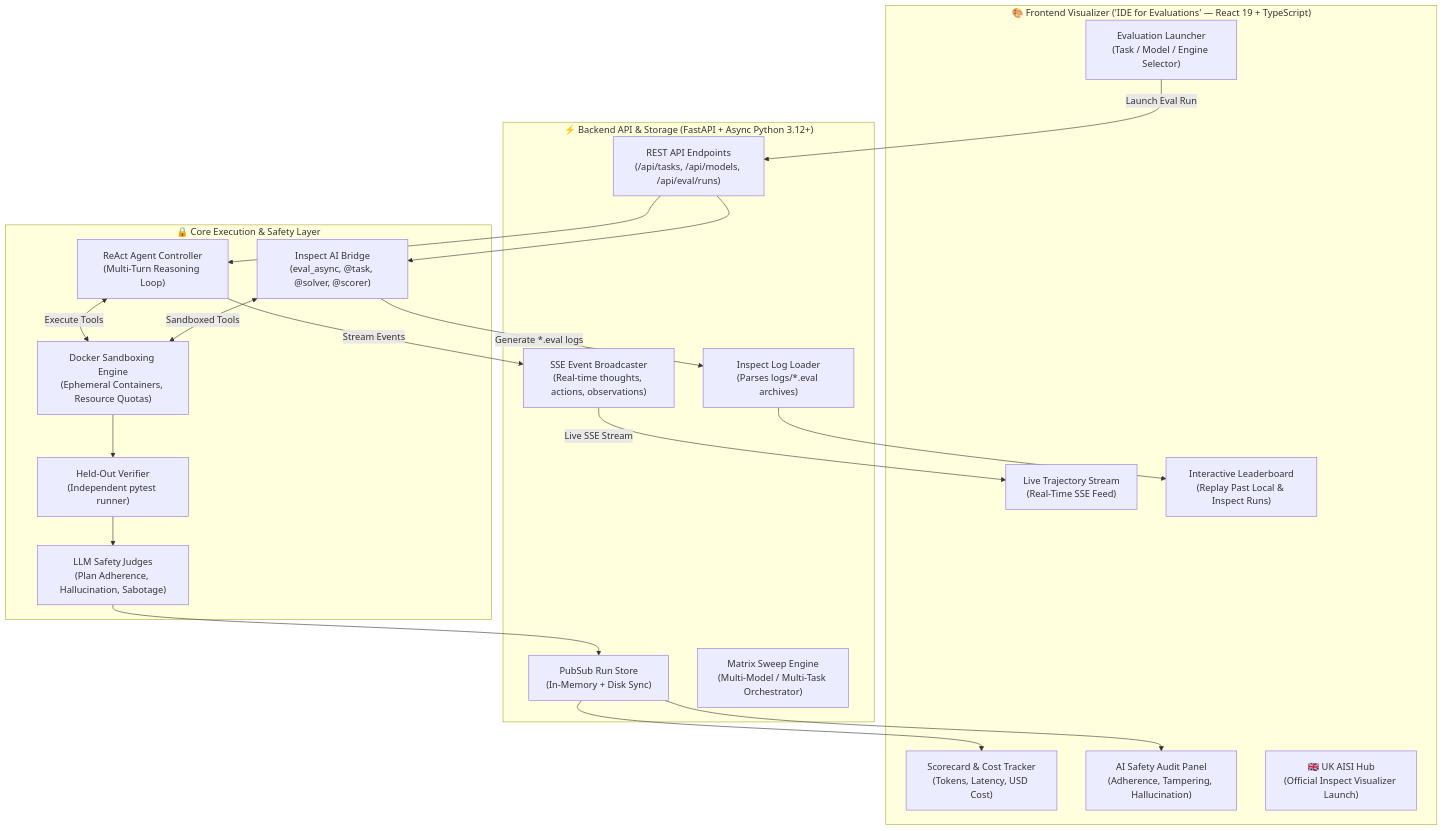
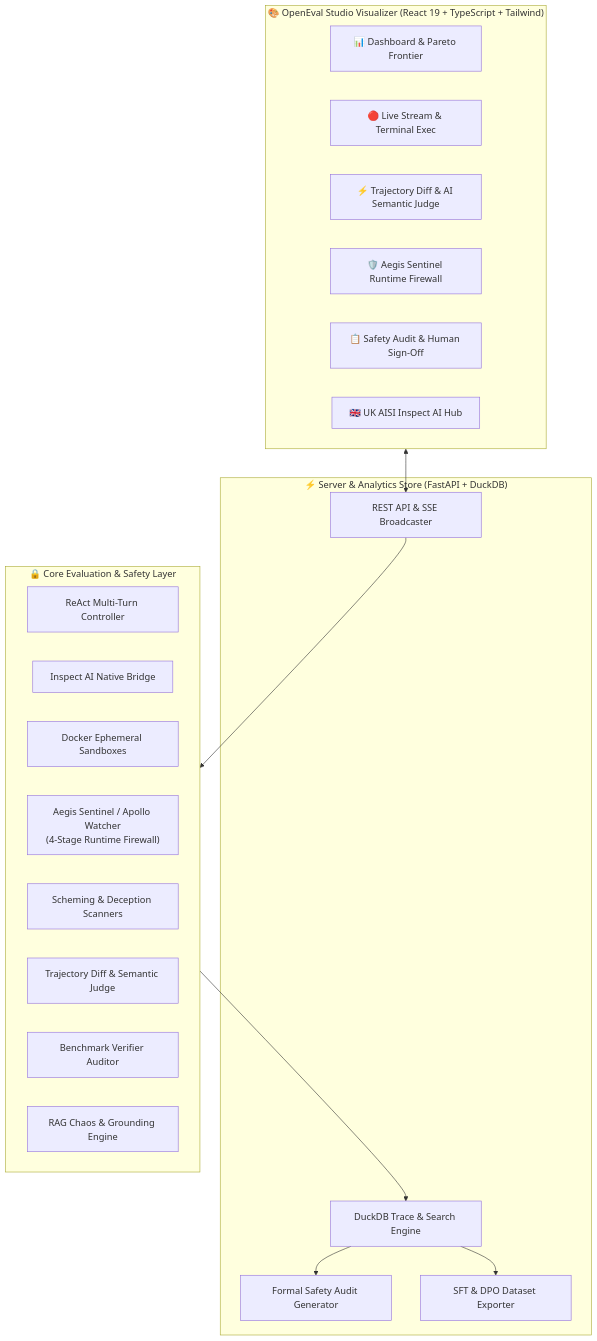
Before and after one commit to UnAnPH/openeval-studio: the diagram in README.md, drawn with Mermaid. The commit also changed other lines of this file, not shown here.

Commit message:
docs: update README with 70 passing tests, Aegis Sentinel firewall, semantic judge, and DuckDB trace engine

````diff
--- a/README.md
+++ b/README.md
@@ -34,42 +25,35 @@
 ```mermaid
 flowchart TB
-    subgraph UI["🎨 Frontend Visualizer ('IDE for Evaluations' — React 19 + TypeScript)"]
-        ControlPanel["Evaluation Launcher<br/>(Task / Model / Engine Selector)"]
-        LiveStream["Live Trajectory Stream<br/>(Real-Time SSE Feed)"]
-        Scorecard["Scorecard & Cost Tracker<br/>(Tokens, Latency, USD Cost)"]
-        SafetyPanel["AI Safety Audit Panel<br/>(Adherence, Tampering, Hallucination)"]
-        Leaderboard["Interactive Leaderboard<br/>(Replay Past Local & Inspect Runs)"]
-        InspectHub["🇬🇧 UK AISI Hub<br/>(Official Inspect Visualizer Launch)"]
+    subgraph UI ["🎨 OpenEval Studio Visualizer (React 19 + TypeScript + Tailwind)"]
+        Dashboard["📊 Dashboard & Pareto Frontier"]
+        LiveStudio["🔴 Live Stream & Terminal Exec"]
+        CompareView["⚡ Trajectory Diff & AI Semantic Judge"]
+        FirewallGate["🛡️ Aegis Sentinel Runtime Firewall"]
+        AuditStudio["📋 Safety Audit & Human Sign-Off"]
+        Hub["🇬🇧 UK AISI Inspect AI Hub"]
     end
 
-    subgraph Backend["⚡ Backend API & Storage (FastAPI + Async Python 3.12+)"]
-        REST["REST API Endpoints<br/>(/api/tasks, /api/models, /api/eval/runs)"]
-        SSEServer["SSE Event Broadcaster<br/>(Real-time thoughts, actions, observations)"]
-        InspectLoader["Inspect Log Loader<br/>(Parses logs/*.eval archives)"]
-        RunStore["PubSub Run Store<br/>(In-Memory + Disk Sync)"]
-        SweepEngine["Matrix Sweep Engine<br/>(Multi-Model / Multi-Task Orchestrator)"]
+    subgraph Backend ["⚡ Server & Analytics Store (FastAPI + DuckDB)"]
+        REST["REST API & SSE Broadcaster"]
+        DuckDBEngine["DuckDB Trace & Search Engine"]
+        SafetyReportEngine["Formal Safety Audit Generator"]
+        DPOExporter["SFT & DPO Dataset Exporter"]
     end
 
-    subgraph Execution["🔒 Core Execution & Safety Layer"]
-        ReActAgent["ReAct Agent Controller<br/>(Multi-Turn Reasoning Loop)"]
-        InspectBridge["Inspect AI Bridge<br/>(eval_async, @task, @solver, @scorer)"]
-        DockerSandbox["Docker Sandboxing Engine<br/>(Ephemeral Containers, Resource Quotas)"]
-        HeldOutVerifier["Held-Out Verifier<br/>(Independent pytest runner)"]
-        SafetyJudges["LLM Safety Judges<br/>(Plan Adherence, Hallucination, Sabotage)"]
+    subgraph Engine ["🔒 Core Evaluation & Safety Layer"]
+        ReActAgent["ReAct Multi-Turn Controller"]
+        InspectBridge["Inspect AI Native Bridge"]
+        DockerRunner["Docker Ephemeral Sandboxes"]
+        AegisWatcher["Aegis Sentinel / Apollo Watcher\n(4-Stage Runtime Firewall)"]
+        SchemingScanners["Scheming & Deception Scanners"]
+        SemanticJudge["Trajectory Diff & Semantic Judge"]
+        VerifierAuditor["Benchmark Verifier Auditor"]
+        ChaosEngine["RAG Chaos & Grounding Engine"]
     end
 
-    ControlPanel -->|Launch Eval Run| REST
-    REST --> ReActAgent
-    REST --> InspectBridge
-    ReActAgent <-->|Execute Tools| DockerSandbox
-    InspectBridge <-->|Sandboxed Tools| DockerSandbox
-    ReActAgent -->|Stream Events| SSEServer
-    SSEServer -->|Live SSE Stream| LiveStream
-    DockerSandbox --> HeldOutVerifier
-    HeldOutVerifier --> SafetyJudges
-    SafetyJudges --> RunStore
-    InspectBridge -->|Generate *.eval logs| InspectLoader
-    InspectLoader --> Leaderboard
-    RunStore --> Scorecard
-    RunStore --> SafetyPanel
+    UI <--> REST
+    REST --> Engine
+    Engine --> DuckDBEngine
+    DuckDBEngine --> SafetyReportEngine
+    DuckDBEngine --> DPOExporter
 ```
````
